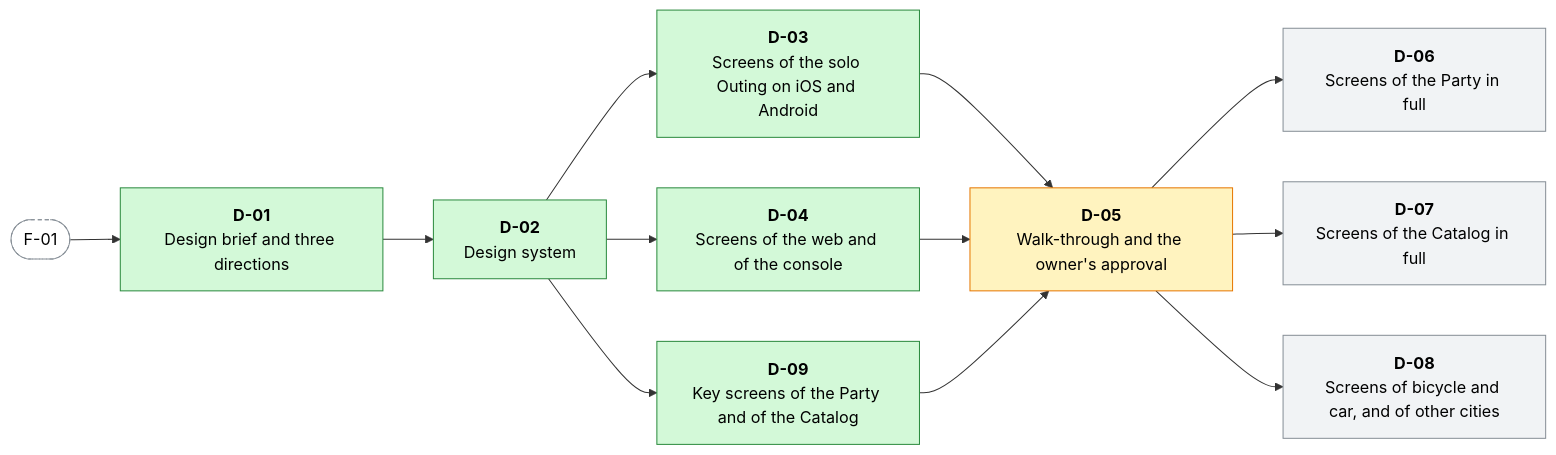
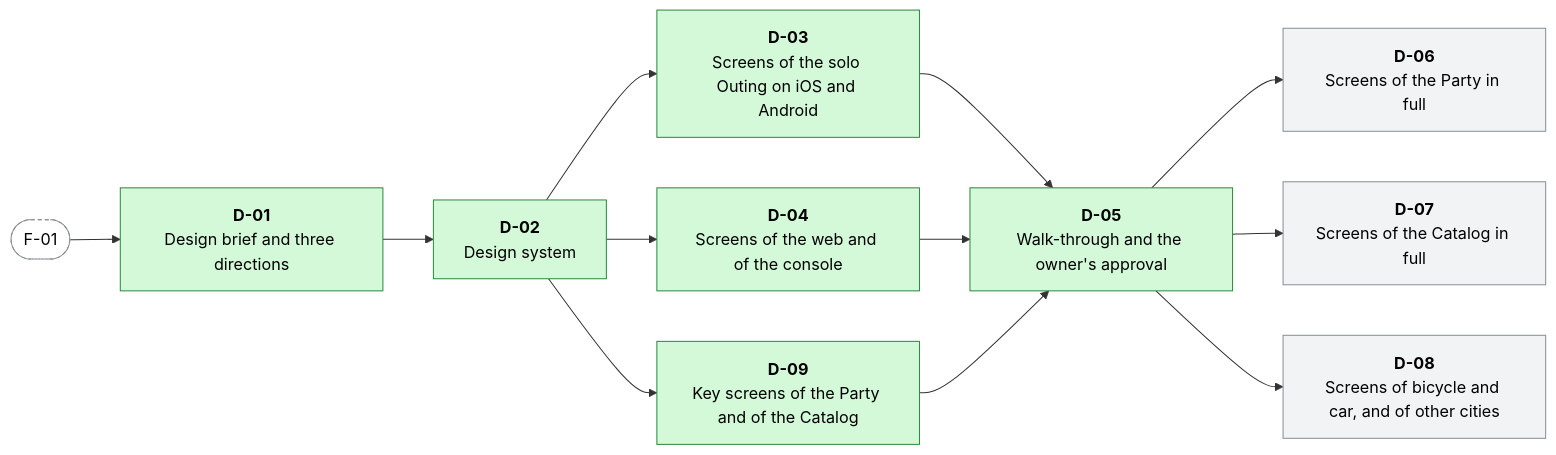
The second of 17 diagrams in docs/WORK-PLAN.md (menisika/Smart-Tour-Guide-and-Itinerary-Planner), drawn with Mermaid before and after one commit. The commit also changed other lines of this file and 3 other files, not shown here.

First line of the commit message:
docs(design): close the walk-through on the owner's approval

````diff
--- a/docs/WORK-PLAN.md
+++ b/docs/WORK-PLAN.md
@@ -272,29 +272,29 @@
 ```mermaid
 flowchart LR
   classDef done fill:#d3f9d8,stroke:#2b8a3e,color:#000
   classDef progress fill:#fff3bf,stroke:#e67700,color:#000
   classDef blocked fill:#ffe3e3,stroke:#c92a2a,color:#000
   classDef todo fill:#f1f3f5,stroke:#868e96,color:#000
   classDef outside fill:#ffffff,stroke:#868e96,stroke-dasharray:4 3,color:#000
   D_01["<b>D-01</b><br/>Design brief and three directions"]:::done
   D_02["<b>D-02</b><br/>Design system"]:::done
   D_03["<b>D-03</b><br/>Screens of the solo Outing on iOS and Android"]:::done
   D_04["<b>D-04</b><br/>Screens of the web and of the console"]:::done
   D_09["<b>D-09</b><br/>Key screens of the Party and of the Catalog"]:::done
-  D_05["<b>D-05</b><br/>Walk-through and the owner's approval"]:::progress
+  D_05["<b>D-05</b><br/>Walk-through and the owner's approval"]:::done
   D_06["<b>D-06</b><br/>Screens of the Party in full"]:::todo
   D_07["<b>D-07</b><br/>Screens of the Catalog in full"]:::todo
   D_08["<b>D-08</b><br/>Screens of bicycle and car, and of other cities"]:::todo
   F_01(["F-01"]):::outside
   F_01 --> D_01
   D_01 --> D_02
   D_02 --> D_03
   D_02 --> D_04
   D_02 --> D_09
   D_03 --> D_05
   D_04 --> D_05
   D_09 --> D_05
   D_05 --> D_06
   D_05 --> D_07
   D_05 --> D_08
 ```
````
